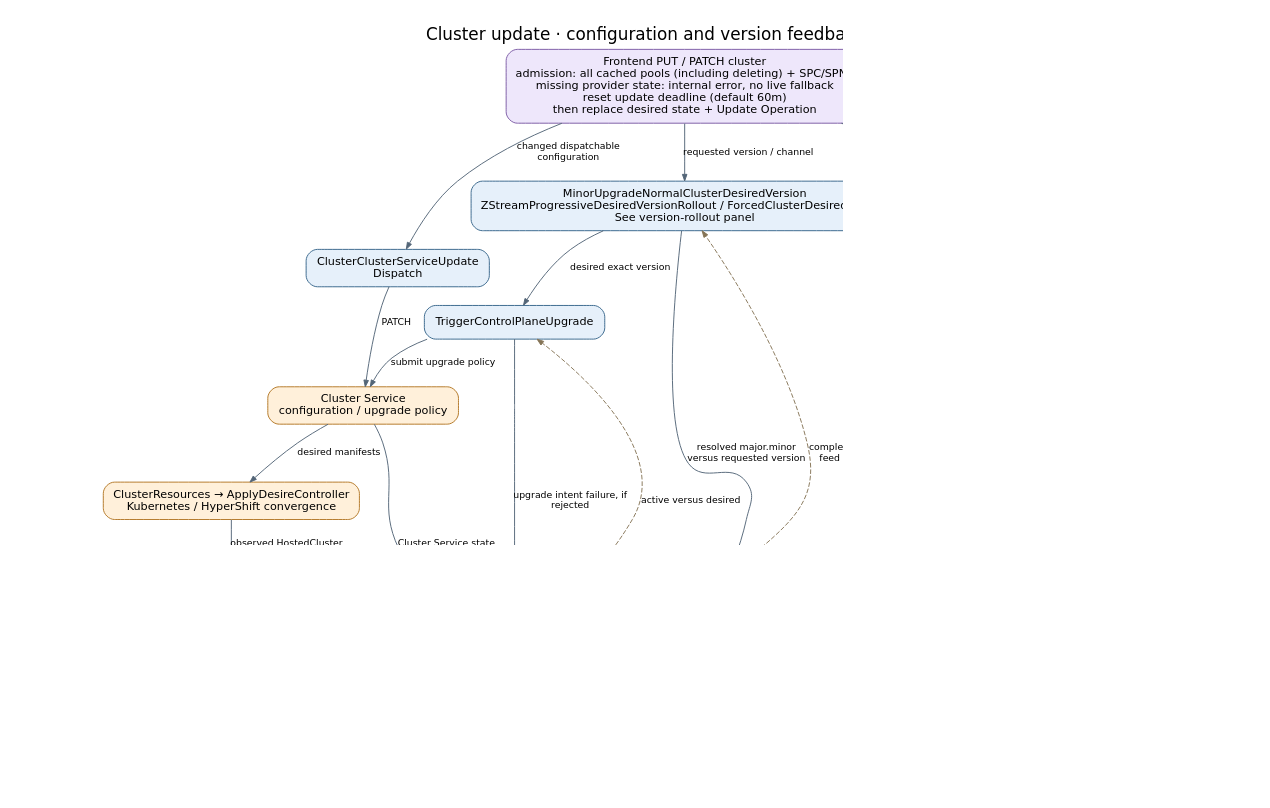
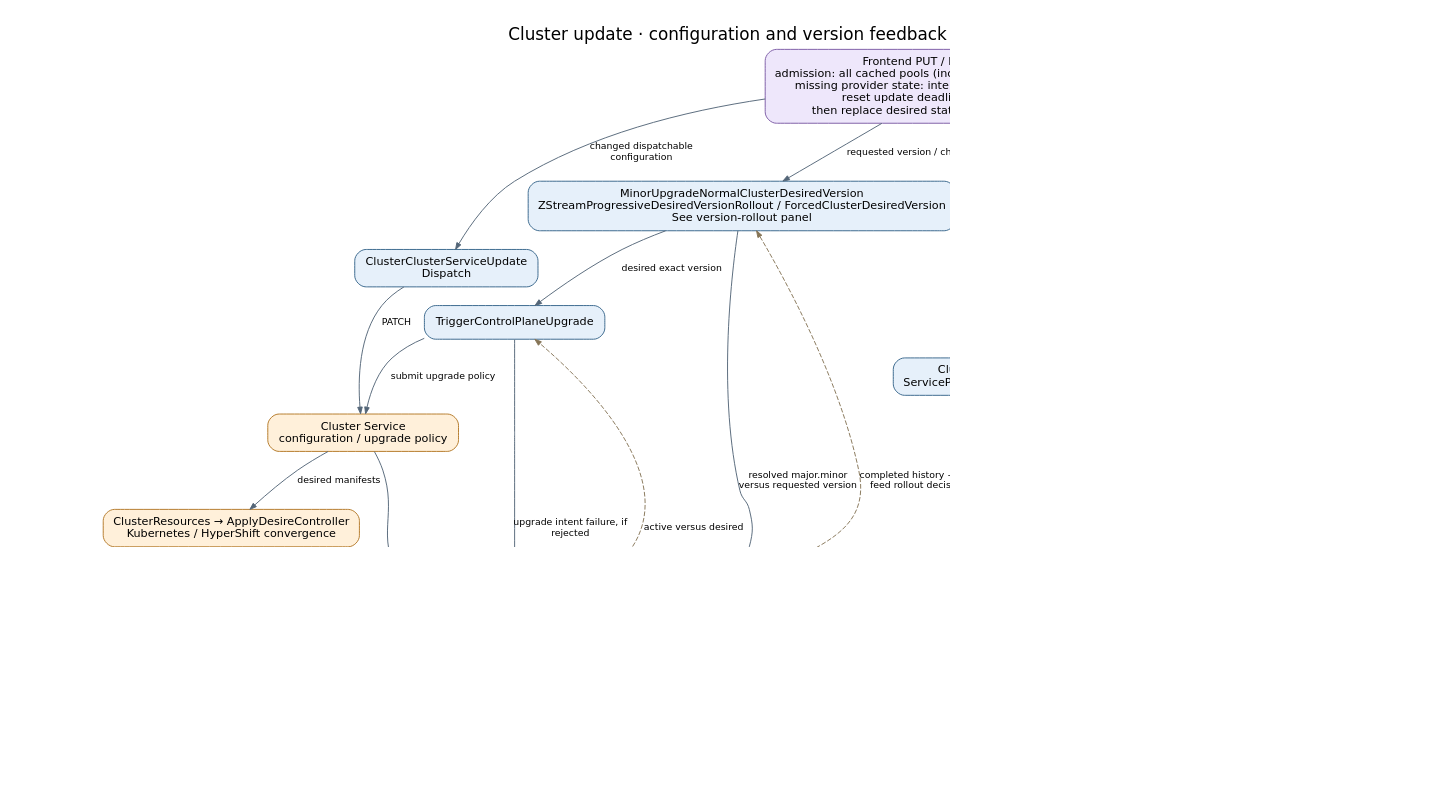
One commit to Azure/ARO-HCP changed the diagram in docs/diagrams/controller-flows/cluster-update.dot. Above: the diagram before and after it, drawn with Graphviz. The commit also changed 33 other files, not shown here.

First line of the commit message:
fix: re-run cluster and node pool validations on user intent

```diff
--- a/docs/diagrams/controller-flows/cluster-update.dot
+++ b/docs/diagrams/controller-flows/cluster-update.dot
@@ -1,36 +1,37 @@
 digraph cluster_update {
   graph [rankdir=TB, bgcolor="white", pad="0.3", nodesep="0.4", ranksep="0.55", fontname="DejaVu Sans", fontsize=18, labelloc=t, label="Cluster update · configuration and version feedback", dpi=110];
   node [shape=box, style="rounded,filled", fillcolor="#e6f0fa", color="#35648a", fontname="DejaVu Sans", fontsize=12, margin="0.16,0.10"];
   edge [color="#536577", fontname="DejaVu Sans", fontsize=10, arrowsize=0.7];
   put [label="Frontend PUT / PATCH cluster\nadmission: all cached pools (including deleting) + SPC/SPNP\nmissing provider state: internal error, no live fallback\nreset update deadline (default 60m)\nthen replace desired state + Update Operation", fillcolor="#eee7fb", color="#7b59a4"];
   dispatch [label="ClusterClusterServiceUpdate\nDispatch", fillcolor="#e6f0fa", color="#35648a"];
   desired [label="MinorUpgradeNormalClusterDesiredVersion\nZStreamProgressiveDesiredVersionRollout / ForcedClusterDesiredVersion\nSee version-rollout panel", fillcolor="#e6f0fa", color="#35648a"];
   upgrade [label="TriggerControlPlaneUpgrade", fillcolor="#e6f0fa", color="#35648a"];
   cs [label="Cluster Service\nconfiguration / upgrade policy", fillcolor="#fff0da", color="#b27624"];
   kube [label="ClusterResources → ApplyDesireController\nKubernetes / HyperShift convergence", fillcolor="#fff0da", color="#b27624"];
   mirror [label="ReadDesireKubernetesController", fillcolor="#e6f0fa", color="#35648a"];
   active [label="ControlPlaneActiveVersions", fillcolor="#e6f0fa", color="#35648a"];
   validation [label="Cluster validation controllers\nServiceProviderCluster.Status.Validations", fillcolor="#e6f0fa", color="#35648a"];
   op [label="OperationClusterUpdate", fillcolor="#e6f0fa", color="#35648a"];
   done [label="ARM terminal operation state\nSucceeded or Failed", fillcolor="#e4f2e5", color="#4c8053"];
   put -> dispatch [label="changed dispatchable\nconfiguration"];
   put -> desired [label="requested version / channel"];
+  put -> validation [label="bump UserIntentGeneration;\nchanged intent: bypass cooldown"];
   desired -> upgrade [label="desired exact version"];
   desired -> op [label="resolved major.minor\nversus requested version"];
   dispatch -> cs [label="PATCH"];
   upgrade -> cs [label="submit upgrade policy"];
   cs -> kube [label="desired manifests"];
   kube -> mirror [label="observed HostedCluster"];
   mirror -> active [label="version history"];
   put -> op [label="UpdateOperationCompletionDeadline"];
   cs -> op [label="Cluster Service state"];
   mirror -> op [label="observed readiness / version"];
   upgrade -> op [label="upgrade intent failure, if\nrejected"];
   validation -> op [label="False: Provisioning + InvalidResource;\nfailure and operation each >= 5m: Failed;\nall True: ready"];
   op -> done [label="completion / failure checks;\npending past deadline: selected code + reasons;\nonly InternalServerError becomes DeadlineExceeded"];
   observed [label="Customer resource Status.ActiveVersions\nmajor.minor versions", fillcolor="#e4f2e5", color="#4c8053"];
   active -> observed [label="separate Cosmos replace"];
   active -> upgrade [label="active versus desired", style=dashed, color="#857456", constraint=false];
   active -> desired [label="completed history + ages\nfeed rollout decisions", style=dashed, color="#857456", constraint=false];
   op -> op [label="still progressing: poll again", style=dashed, color="#857456", constraint=false];
 }
```
